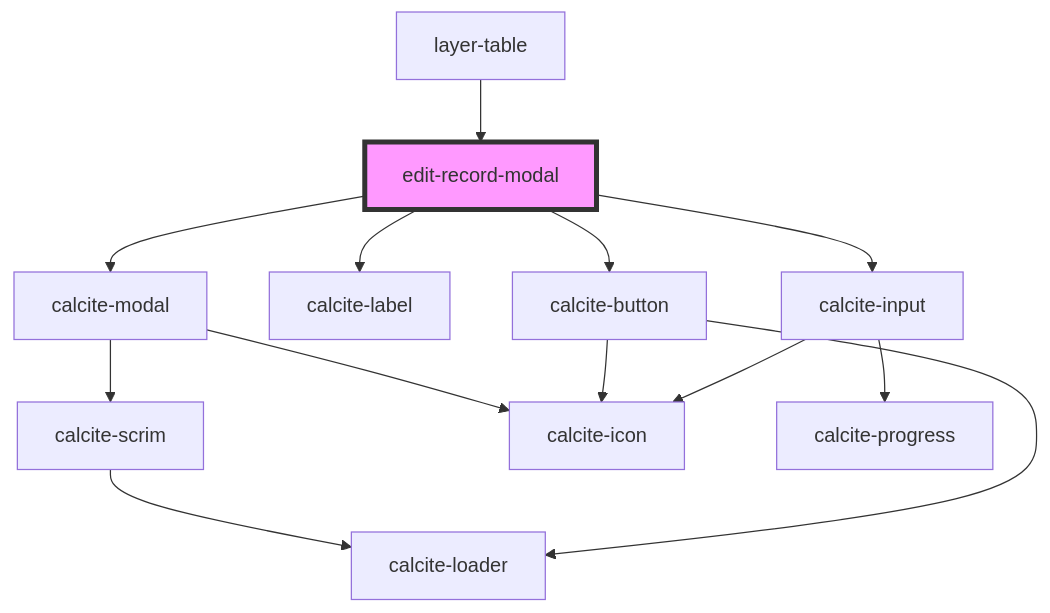
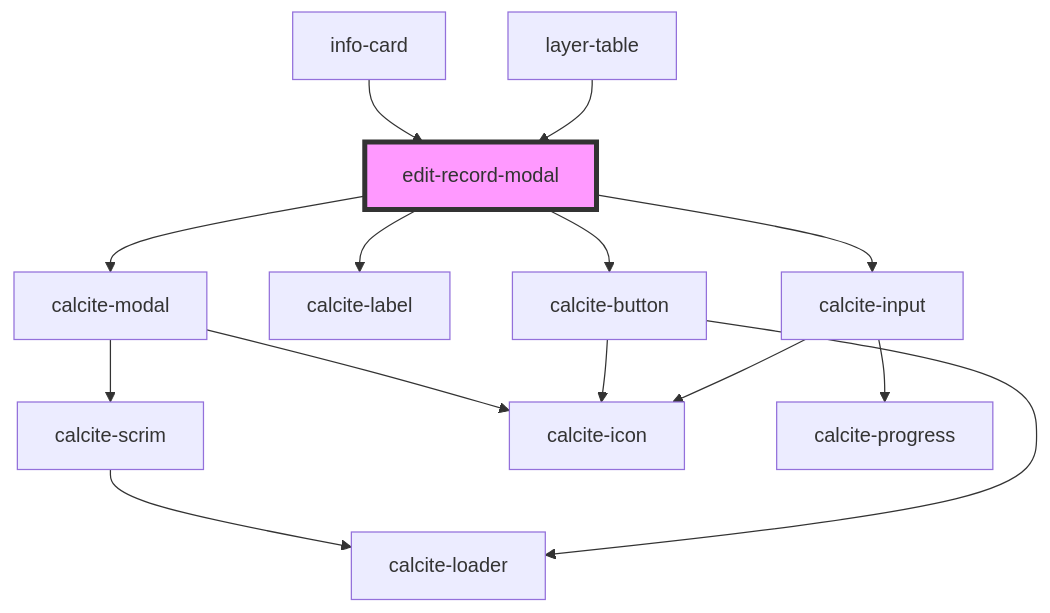
Before and after one commit to Esri/solutions-components: the diagram in src/components/edit-record-modal/readme.md, drawn with Mermaid. The commit also changed other lines of this file and 9 other files, not shown here.

````diff
--- a/src/components/edit-record-modal/readme.md
+++ b/src/components/edit-record-modal/readme.md
@@ -29,16 +38,17 @@
 ```mermaid
 graph TD;
   edit-record-modal --> calcite-modal
   edit-record-modal --> calcite-label
   edit-record-modal --> calcite-button
   edit-record-modal --> calcite-input
   calcite-modal --> calcite-scrim
   calcite-modal --> calcite-icon
   calcite-scrim --> calcite-loader
   calcite-button --> calcite-loader
   calcite-button --> calcite-icon
   calcite-input --> calcite-progress
   calcite-input --> calcite-icon
+  info-card --> edit-record-modal
   layer-table --> edit-record-modal
   style edit-record-modal fill:#f9f,stroke:#333,stroke-width:4px
 ```
````
